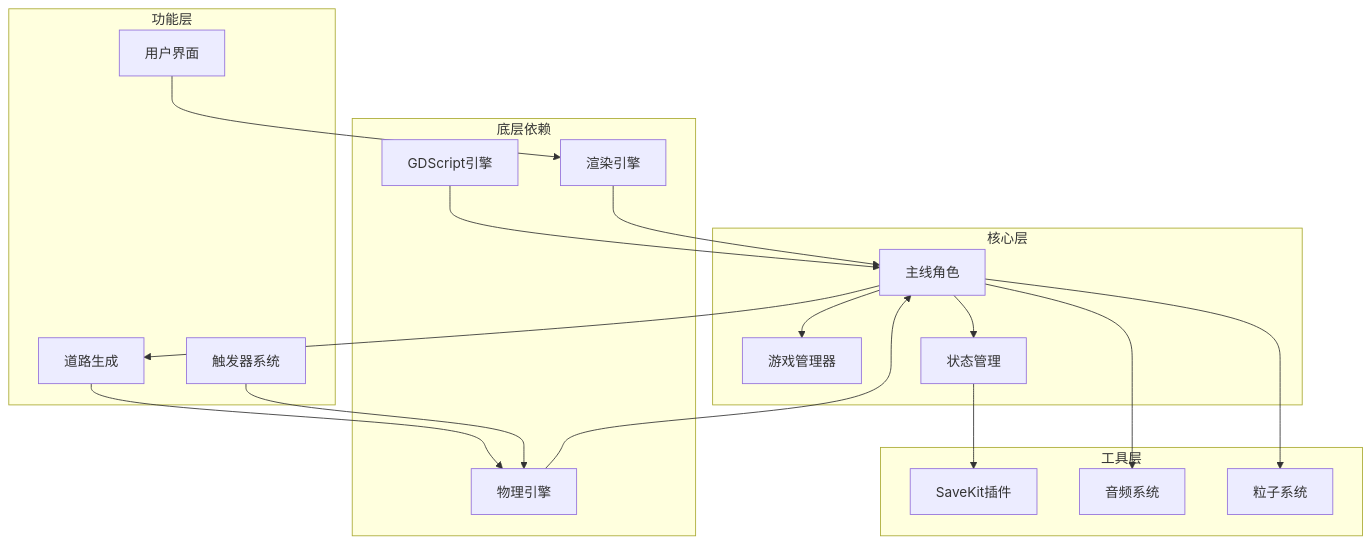
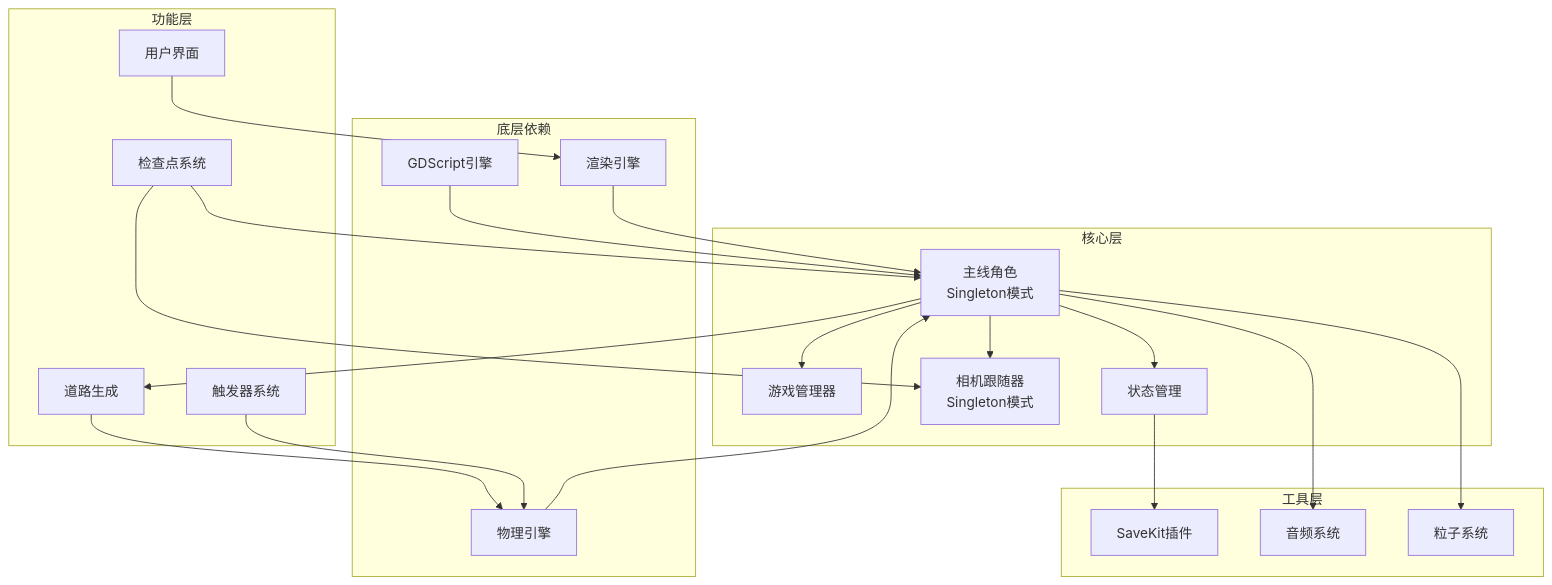
Before and after one commit to godotline/godot-line: diagram 12 of 13 in .qoder/repowiki/zh/content/Mainline Script.md, drawn with Mermaid. The commit also changed other lines of this file and 28 other files, not shown here.

````diff
--- a/.qoder/repowiki/zh/content/Mainline Script.md
+++ b/.qoder/repowiki/zh/content/Mainline Script.md
@@ -344,35 +511,40 @@
 ```mermaid
 graph TD
 subgraph "底层依赖"
 GDScript[GDScript引擎]
 Physics[物理引擎]
 Rendering[渲染引擎]
 end
 subgraph "核心层"
-MainLine[主线角色]
+MainLine[主线角色<br/>Singleton模式]
 GameManager[游戏管理器]
 State[状态管理]
+CameraFollower[相机跟随器<br/>Singleton模式]
 end
 subgraph "功能层"
 RoadMaker[道路生成]
 Triggers[触发器系统]
 UI[用户界面]
+Checkpoint[检查点系统]
 end
 subgraph "工具层"
 SaveKit[SaveKit插件]
 Audio[音频系统]
 Particles[粒子系统]
 end
 GDScript --> MainLine
 Physics --> MainLine
 Rendering --> MainLine
 MainLine --> RoadMaker
 MainLine --> State
 MainLine --> GameManager
+MainLine --> CameraFollower
 RoadMaker --> Physics
 Triggers --> Physics
 UI --> Rendering
+Checkpoint --> MainLine
+Checkpoint --> CameraFollower
 State --> SaveKit
 MainLine --> Audio
 MainLine --> Particles
 ```
````
